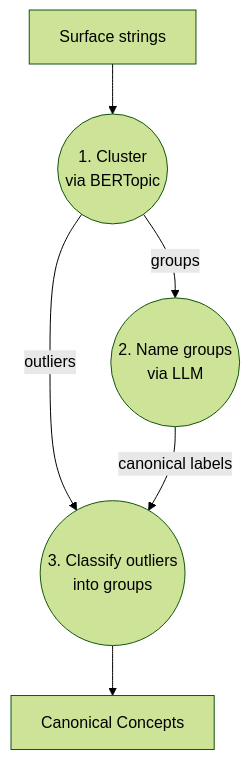
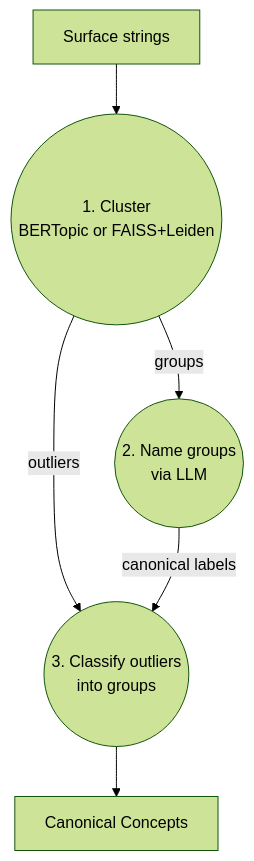
One commit to borisdev/nobs-canonicalize changed the diagram in README.md. Above: the diagram before and after it, drawn with Mermaid (forest theme). The commit also changed other lines of this file and 6 other files, not shown here.

First line of the commit message:
Add FAISS+Leiden clustering backend as alternative to BERTopic

````diff
--- a/README.md
+++ b/README.md
@@ -17,8 +15,8 @@
 ```mermaid
 graph TD;
-    A[Surface strings] --> B((1. Cluster<br>via BERTopic));
+    A[Surface strings] --> B((1. Cluster<br>BERTopic or FAISS+Leiden));
     B -->|groups| C((2. Name groups<br>via LLM));
     B -->|outliers| D((3. Classify outliers<br>into groups));
     C -->|canonical labels| D;
     D --> E[Canonical Concepts];
 ```
````
